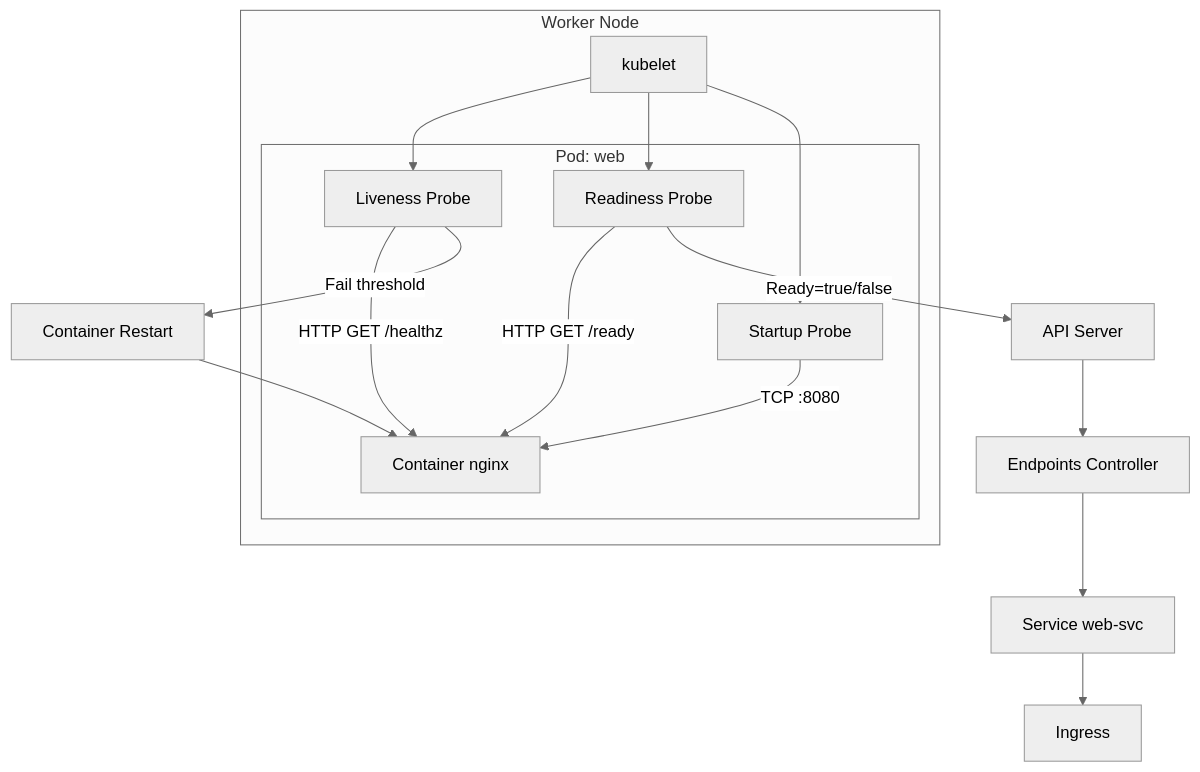
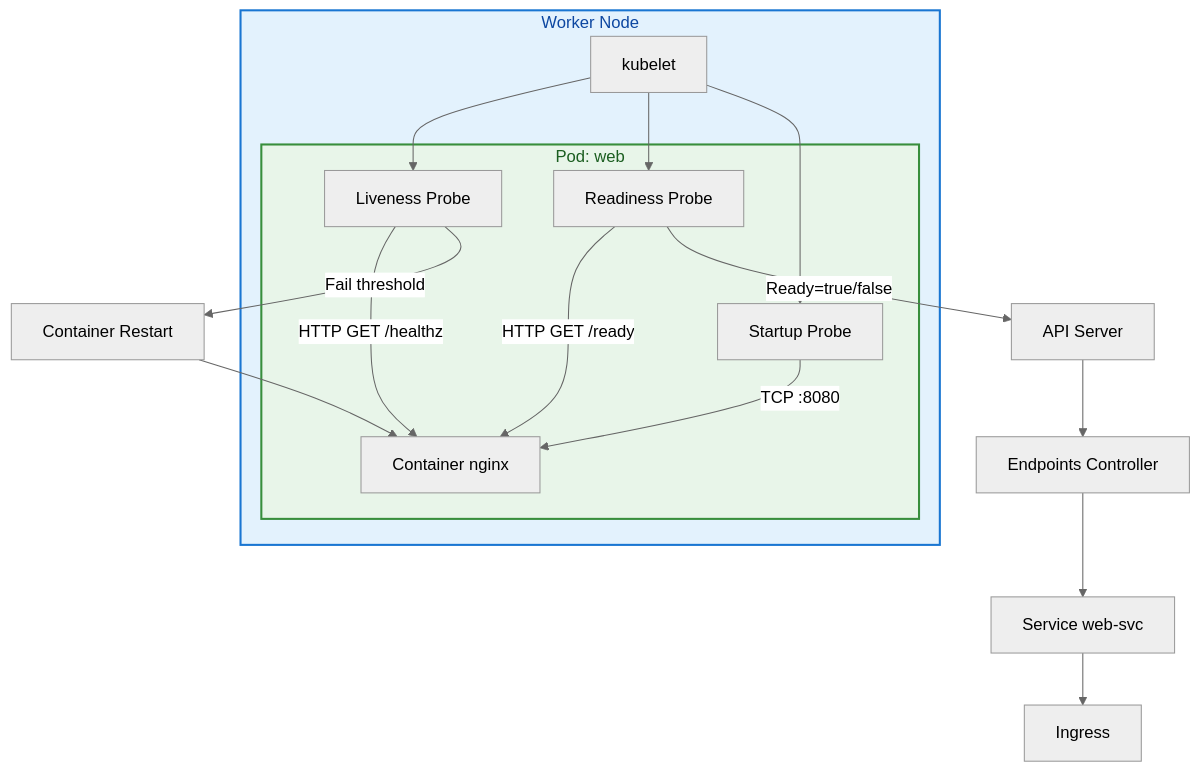
The first of 2 diagrams in docs/kubernetes/health-checks-probes-and-self-healing.md (rebash-rebash/rebash-academy), drawn with Mermaid (neutral theme) before and after one commit. The commit also changed 66 other files, not shown here.

First line of the commit message:
Render Mermaid diagrams as build-time SVGs and fix Learning Paths nav.

````diff
--- a/docs/kubernetes/health-checks-probes-and-self-healing.md
+++ b/docs/kubernetes/health-checks-probes-and-self-healing.md
@@ -57,30 +57,32 @@
 ```mermaid
 flowchart TB
     subgraph Node["Worker Node"]
         KL[kubelet]
         subgraph Pod["Pod: web"]
             C[Container nginx]
             LP[Liveness Probe]
             RP[Readiness Probe]
             SP[Startup Probe]
         end
         KL --> LP
         KL --> RP
         KL --> SP
         LP -->|HTTP GET /healthz| C
         RP -->|HTTP GET /ready| C
         SP -->|TCP :8080| C
     end
 
     API[API Server]
     EP[Endpoints Controller]
     SVC[Service web-svc]
     ING[Ingress]
 
     RP -->|Ready=true/false| API
     API --> EP
     EP --> SVC
     SVC --> ING
     LP -->|Fail threshold| RESTART[Container Restart]
     RESTART --> C
+    style Node fill:#e3f2fd,stroke:#1976d2,stroke-width:2px,color:#0d47a1
+    style Pod fill:#e8f5e9,stroke:#388e3c,stroke-width:2px,color:#1b5e20
 ```
````
